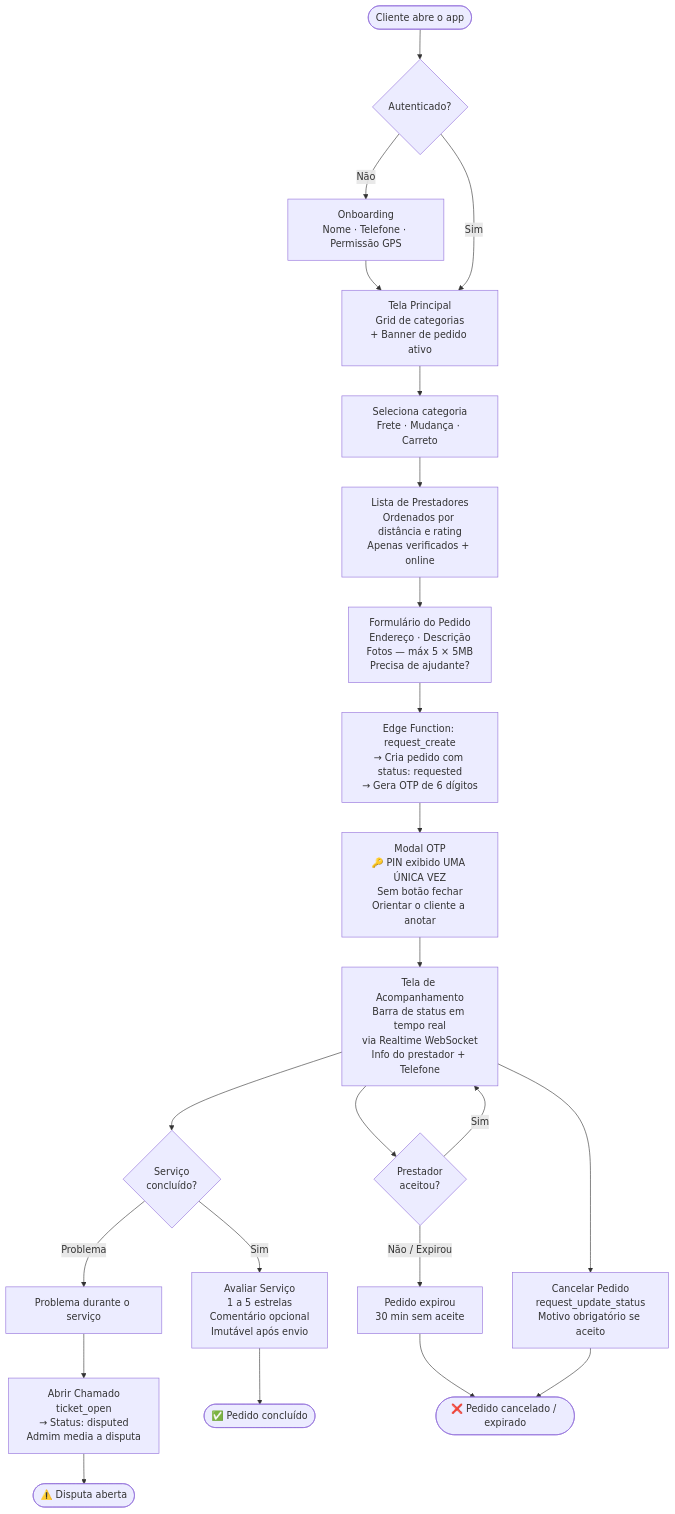
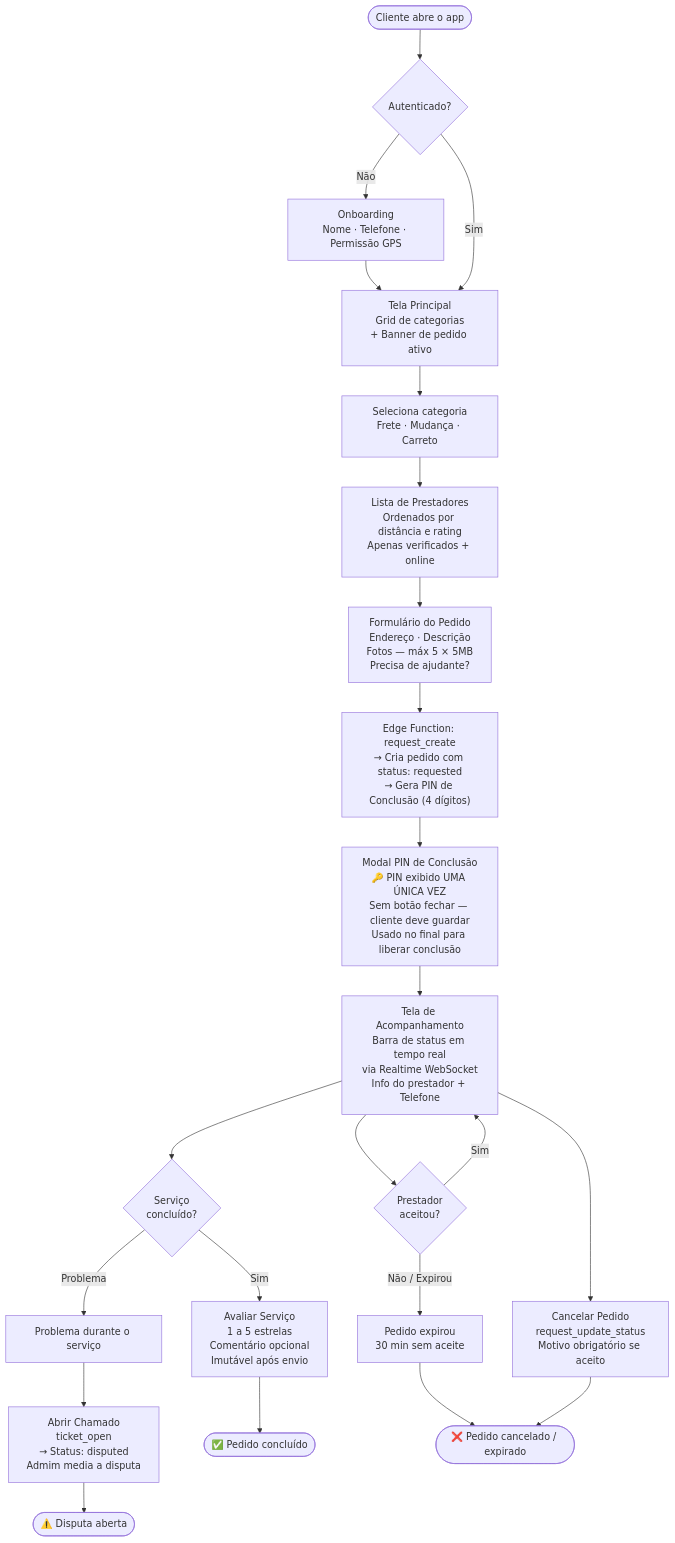
One commit to lucasouzadev/ajudae_app changed the third of 6 diagrams in arquitetura/FLUXOGRAMA.md. Above: the diagram before and after it, drawn with Mermaid. The commit also changed other lines of this file and 2 other files, not shown here.

````diff
--- a/arquitetura/FLUXOGRAMA.md
+++ b/arquitetura/FLUXOGRAMA.md
@@ -123,46 +135,46 @@
 ```mermaid
 flowchart TD
     START(["Cliente abre o app"])
 
     AUTH_CHECK{"Autenticado?"}
     ONBOARD["Onboarding\nNome · Telefone · Permissão GPS"]
     HOME["Tela Principal\nGrid de categorias\n+ Banner de pedido ativo"]
 
     SEL["Seleciona categoria\nFrete · Mudança · Carreto"]
     LIST["Lista de Prestadores\nOrdenados por distância e rating\nApenas verificados + online"]
     CREATE["Formulário do Pedido\nEndereço · Descrição\nFotos — máx 5 × 5MB\nPrecisa de ajudante?"]
 
-    EF_CREATE["Edge Function: request_create\n→ Cria pedido com status: requested\n→ Gera OTP de 6 dígitos"]
-    OTP_MODAL["Modal OTP\n🔑 PIN exibido UMA ÚNICA VEZ\nSem botão fechar\nOrientar o cliente a anotar"]
+    EF_CREATE["Edge Function: request_create\n→ Cria pedido com status: requested\n→ Gera PIN de Conclusão (4 dígitos)"]
+    OTP_MODAL["Modal PIN de Conclusão\n🔑 PIN exibido UMA ÚNICA VEZ\nSem botão fechar — cliente deve guardar\nUsado no final para liberar conclusão"]
 
     TRACK["Tela de Acompanhamento\nBarra de status em tempo real\nvia Realtime WebSocket\nInfo do prestador + Telefone"]
 
     W_ACCEPT{"Prestador\naceitou?"}
     EXPIRE["Pedido expirou\n30 min sem aceite"]
 
     W_SERVE{"Serviço\nconcluído?"}
     PROBLEM["Problema durante o serviço"]
     TICKET["Abrir Chamado\nticket_open\n→ Status: disputed\nAdmim media a disputa"]
     RATE["Avaliar Serviço\n1 a 5 estrelas\nComentário opcional\nImutável após envio"]
 
     CANCEL["Cancelar Pedido\nrequest_update_status\nMotivo obrigatório se aceito"]
 
     END_OK(["✅ Pedido concluído"])
     END_CANCEL(["❌ Pedido cancelado / expirado"])
     END_DISP(["⚠️ Disputa aberta"])
 
     START --> AUTH_CHECK
     AUTH_CHECK -- "Não" --> ONBOARD --> HOME
     AUTH_CHECK -- "Sim" --> HOME
     HOME --> SEL --> LIST --> CREATE
     CREATE --> EF_CREATE --> OTP_MODAL --> TRACK
 
     TRACK --> W_ACCEPT
     W_ACCEPT -- "Não / Expirou" --> EXPIRE --> END_CANCEL
     W_ACCEPT -- "Sim" --> TRACK
     TRACK --> CANCEL --> END_CANCEL
 
     TRACK --> W_SERVE
     W_SERVE -- "Sim" --> RATE --> END_OK
     W_SERVE -- "Problema" --> PROBLEM --> TICKET --> END_DISP
 ```
````
